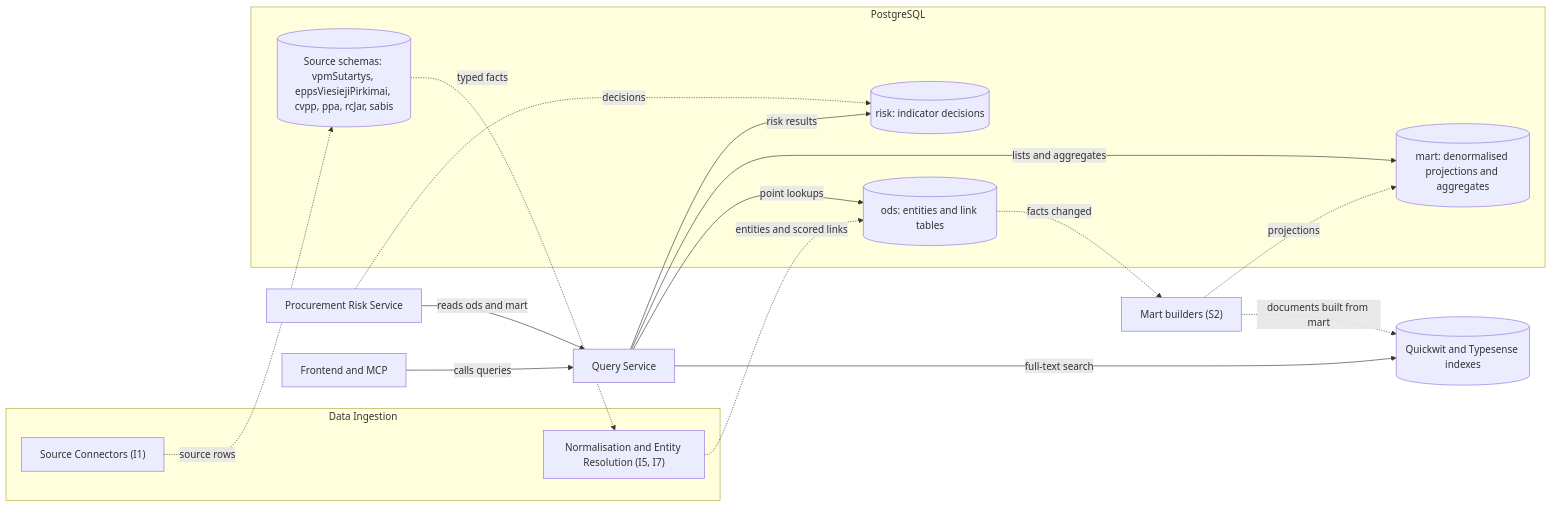
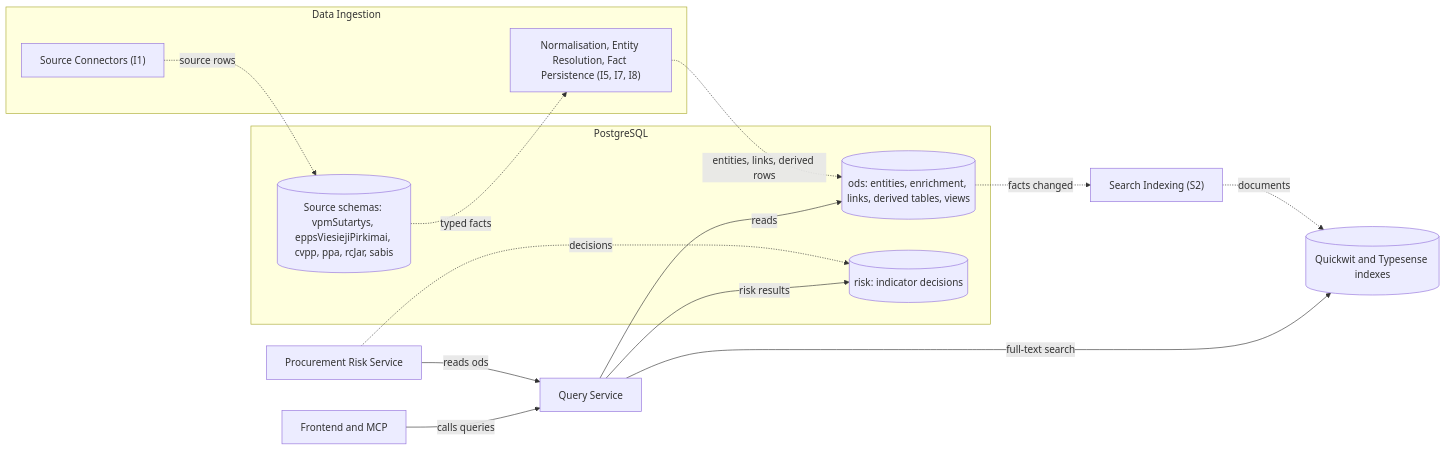
Before and after one commit to Viespirkiu-grupe/viespirkiai: the ninth of 9 diagrams in docs/architecture/architecture-upgrade.md, drawn with Mermaid. The commit also changed other lines of this file, not shown here.

````diff
--- a/docs/architecture/architecture-upgrade.md
+++ b/docs/architecture/architecture-upgrade.md
@@ -1198,31 +1198,28 @@
 ```mermaid
 flowchart LR
     subgraph ingestion["Data Ingestion"]
         Connectors["Source Connectors (I1)"]
-        Integration["Normalisation and Entity Resolution (I5, I7)"]
+        Integration["Normalisation, Entity Resolution, Fact Persistence (I5, I7, I8)"]
     end
     subgraph pg["PostgreSQL"]
         Source[("Source schemas: vpmSutartys, eppsViesiejiPirkimai, cvpp, ppa, rcJar, sabis")]
-        Ods[("ods: entities and link tables")]
-        Mart[("mart: denormalised projections and aggregates")]
+        Ods[("ods: entities, enrichment, links, derived tables, views")]
         Risk[("risk: indicator decisions")]
     end
-    MartBuilders["Mart builders (S2)"]
+    Indexer["Search Indexing (S2)"]
     Search[("Quickwit and Typesense indexes")]
     RiskService["Procurement Risk Service"]
     QueryService["Query Service"]
     Consumers["Frontend and MCP"]
     Connectors -.->|source rows| Source
     Source -.->|typed facts| Integration
-    Integration -.->|entities and scored links| Ods
-    Ods -.->|facts changed| MartBuilders
-    MartBuilders -.->|projections| Mart
-    MartBuilders -.->|documents built from mart| Search
+    Integration -.->|entities, links, derived rows| Ods
+    Ods -.->|facts changed| Indexer
+    Indexer -.->|documents| Search
     RiskService -.->|decisions| Risk
-    RiskService -->|reads ods and mart| QueryService
+    RiskService -->|reads ods| QueryService
     Consumers -->|calls queries| QueryService
-    QueryService -->|point lookups| Ods
-    QueryService -->|lists and aggregates| Mart
+    QueryService -->|reads| Ods
     QueryService -->|full-text search| Search
     QueryService -->|risk results| Risk
 ```
````
